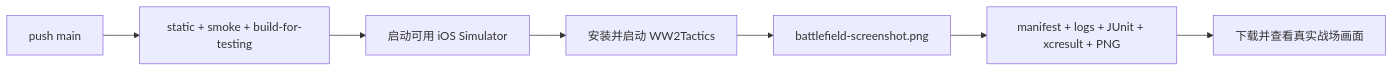
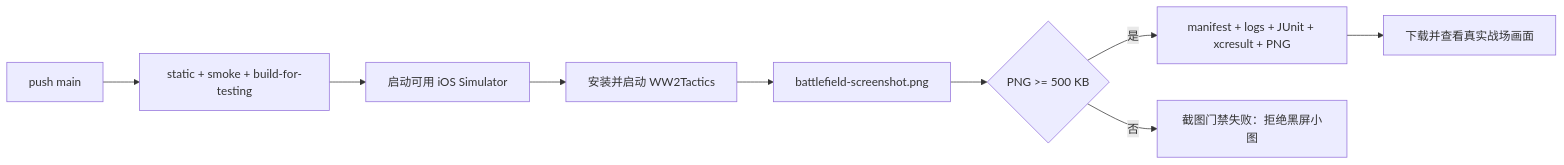
Before and after one commit to Altman-sam114/116: the second of 16 diagrams in md/flow/flowchart.md, drawn with Mermaid. The commit also changed 6 other files, not shown here.

````diff
--- a/md/flow/flowchart.md
+++ b/md/flow/flowchart.md
@@ -59,9 +59,11 @@
 ```mermaid
 flowchart LR
     Push["push main"] --> Build["static + smoke + build-for-testing"]
     Build --> Simulator["启动可用 iOS Simulator"]
     Simulator --> Launch["安装并启动 WW2Tactics"]
     Launch --> Screenshot["battlefield-screenshot.png"]
-    Screenshot --> Artifact["manifest + logs + JUnit + xcresult + PNG"]
+    Screenshot --> Size{"PNG >= 500 KB"}
+    Size -->|是| Artifact["manifest + logs + JUnit + xcresult + PNG"]
+    Size -->|否| Fail["截图门禁失败：拒绝黑屏小图"]
     Artifact --> Review["下载并查看真实战场画面"]
 ```
````
